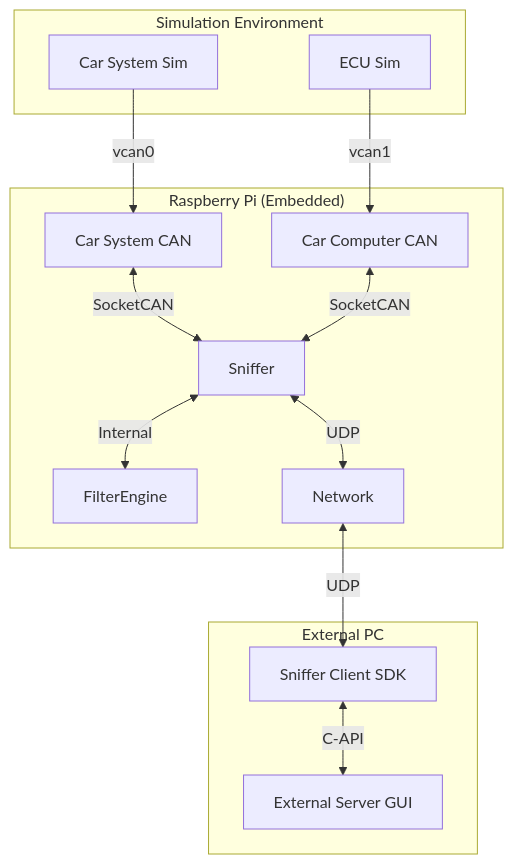
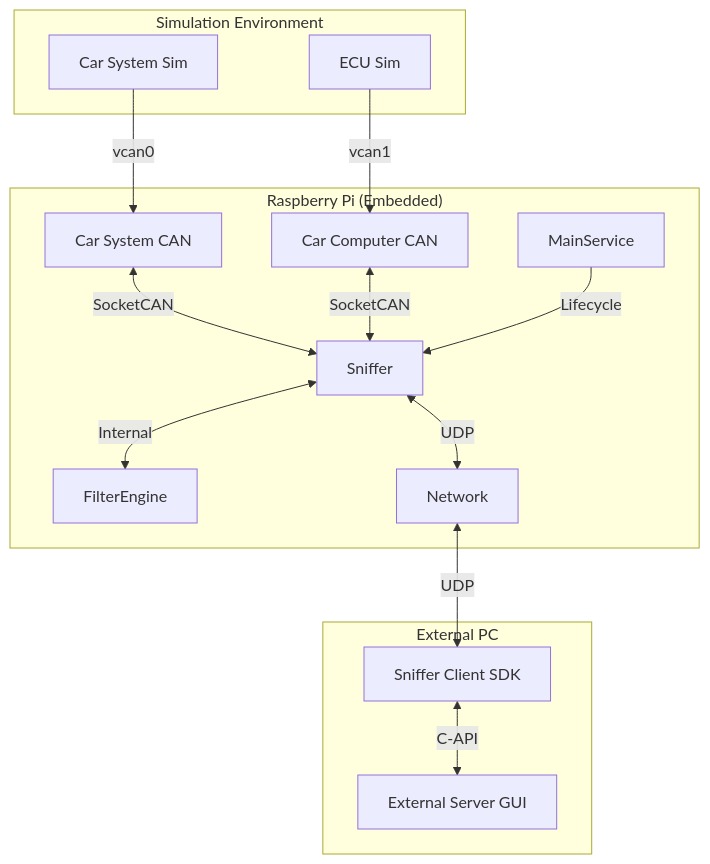
The diagram in HLD.md (elazarkin82/ksg_canbus_rpi_sniffer), drawn with Mermaid before and after one commit. The commit also changed other lines of this file and 1 other file, not shown here.

````diff
--- a/HLD.md
+++ b/HLD.md
@@ -9,19 +9,20 @@
 ```mermaid
 graph TD
     subgraph "Raspberry Pi (Embedded)"
         CS[Car System CAN] <-->|SocketCAN| Sniffer
         CC[Car Computer CAN] <-->|SocketCAN| Sniffer
         Sniffer <-->|Internal| FilterEngine
         Sniffer <-->|UDP| Network
+        MainService -->|Lifecycle| Sniffer
     end
 
     subgraph "External PC"
         Network <-->|UDP| SDK[Sniffer Client SDK]
         SDK <-->|C-API| PythonApp[External Server GUI]
     end
 
     subgraph "Simulation Environment"
         SimSystem[Car System Sim] -->|vcan0| CS
         SimECU[ECU Sim] -->|vcan1| CC
     end
 ```
````
